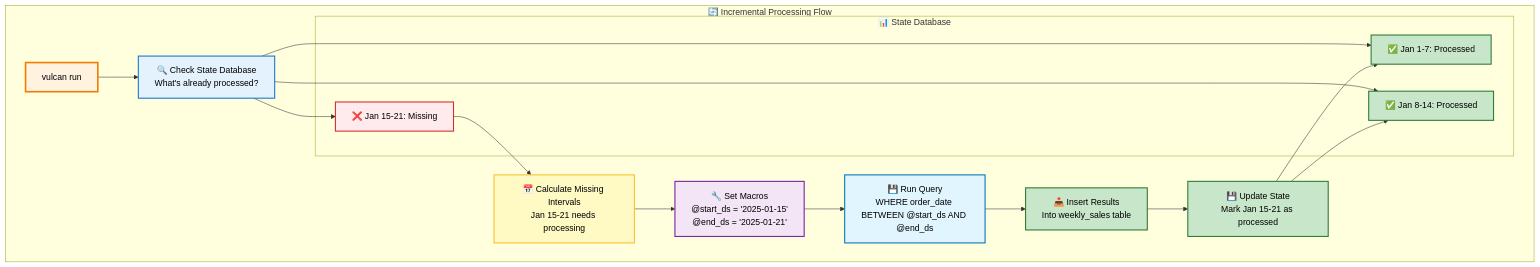
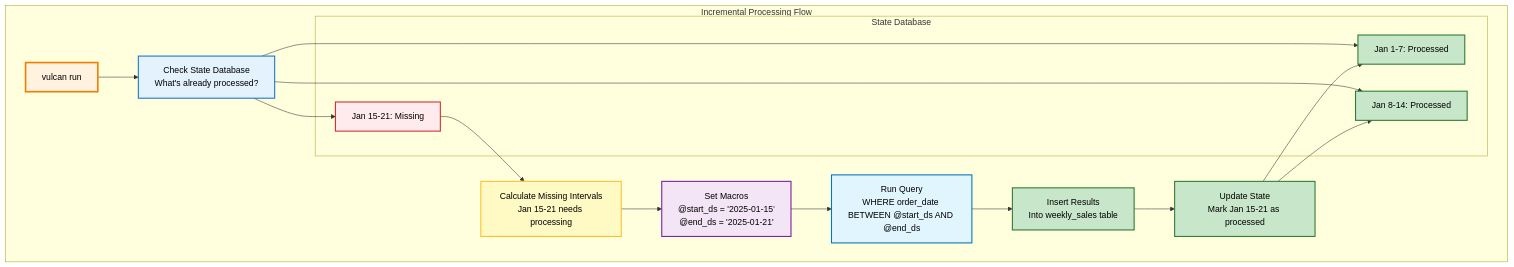
Before and after one commit to tmdc-io/vulcan-book: the third of 13 diagrams in docs/guides/incremental_by_time.md, drawn with Mermaid. The commit also changed other lines of this file and 6 other files, not shown here.

Commit message:
updated mermaid diagrams to remove emojis, commented out the old plan guide o have only the new 2.0 plan guide

````diff
--- a/docs/guides/incremental_by_time.md
+++ b/docs/guides/incremental_by_time.md
@@ -101,44 +101,44 @@
 ```mermaid
 flowchart TB
-    subgraph "🔄 Incremental Processing Flow"
+    subgraph "Incremental Processing Flow"
         START[vulcan run]
-        CHECK[🔍 Check State Database<br/>What's already processed?]
+        CHECK[Check State Database<br/>What's already processed?]
         
-        subgraph "📊 State Database"
-            PROCESSED1[✅ Jan 1-7: Processed]
-            PROCESSED2[✅ Jan 8-14: Processed]
-            MISSING[❌ Jan 15-21: Missing]
+        subgraph "State Database"
+            PROCESSED1[Jan 1-7: Processed]
+            PROCESSED2[Jan 8-14: Processed]
+            MISSING[Jan 15-21: Missing]
         end
         
-        CALC[📅 Calculate Missing Intervals<br/>Jan 15-21 needs processing]
-        SET_MACROS[🔧 Set Macros<br/>@start_ds = '2025-01-15'<br/>@end_ds = '2025-01-21']
-        QUERY[💾 Run Query<br/>WHERE order_date BETWEEN @start_ds AND @end_ds]
-        INSERT[📥 Insert Results<br/>Into weekly_sales table]
-        UPDATE[💾 Update State<br/>Mark Jan 15-21 as processed]
+        CALC[Calculate Missing Intervals<br/>Jan 15-21 needs processing]
+        SET_MACROS[Set Macros<br/>@start_ds = '2025-01-15'<br/>@end_ds = '2025-01-21']
+        QUERY[Run Query<br/>WHERE order_date BETWEEN @start_ds AND @end_ds]
+        INSERT[Insert Results<br/>Into weekly_sales table]
+        UPDATE[Update State<br/>Mark Jan 15-21 as processed]
     end
     
     START --> CHECK
     CHECK --> PROCESSED1
     CHECK --> PROCESSED2
     CHECK --> MISSING
     
     MISSING --> CALC
     CALC --> SET_MACROS
     SET_MACROS --> QUERY
     QUERY --> INSERT
     INSERT --> UPDATE
     
     UPDATE --> PROCESSED1
     UPDATE --> PROCESSED2
     
     style START fill:#fff3e0,stroke:#f57c00,stroke-width:3px,color:#000
     style CHECK fill:#e3f2fd,stroke:#1976d2,stroke-width:2px,color:#000
     style PROCESSED1 fill:#c8e6c9,stroke:#2e7d32,stroke-width:2px,color:#000
     style PROCESSED2 fill:#c8e6c9,stroke:#2e7d32,stroke-width:2px,color:#000
     style MISSING fill:#ffebee,stroke:#d32f2f,stroke-width:2px,color:#000
     style CALC fill:#fff9c4,stroke:#fbc02d,stroke-width:2px,color:#000
     style SET_MACROS fill:#f3e5f5,stroke:#7b1fa2,stroke-width:2px,color:#000
     style QUERY fill:#e1f5fe,stroke:#0277bd,stroke-width:2px,color:#000
     style INSERT fill:#c8e6c9,stroke:#2e7d32,stroke-width:2px,color:#000
     style UPDATE fill:#c8e6c9,stroke:#2e7d32,stroke-width:2px,color:#000
 ```
````
